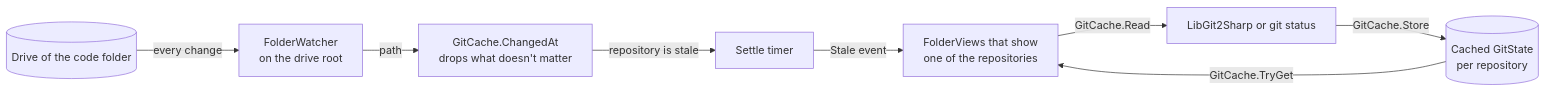
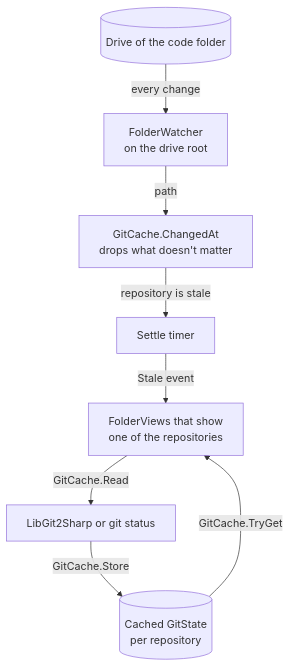
One commit to SimonCropp/Lode changed the first of 6 diagrams in docs/git-status.md. Above: the diagram before and after it, drawn with Mermaid.

````diff
--- a/docs/git-status.md
+++ b/docs/git-status.md
@@ -16,10 +16,10 @@
 ```mermaid
-flowchart LR
+flowchart TD
     Drive[("Drive of the code folder")] -->|every change| Watch["FolderWatcher<br/>on the drive root"]
     Watch -->|path| Filter["GitCache.ChangedAt<br/>drops what doesn't matter"]
     Filter -->|repository is stale| Timer["Settle timer"]
     Timer -->|Stale event| Views["FolderViews that show<br/>one of the repositories"]
     Views -->|"GitCache.Read"| Reader["LibGit2Sharp or git status"]
     Reader -->|"GitCache.Store"| Cache[("Cached GitState<br/>per repository")]
     Cache -->|"GitCache.TryGet"| Views
 ```
````
